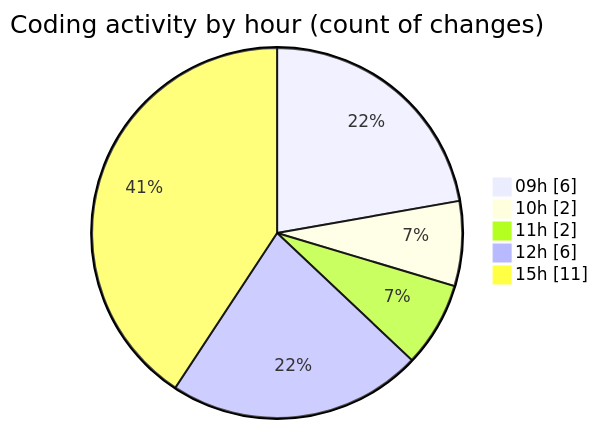
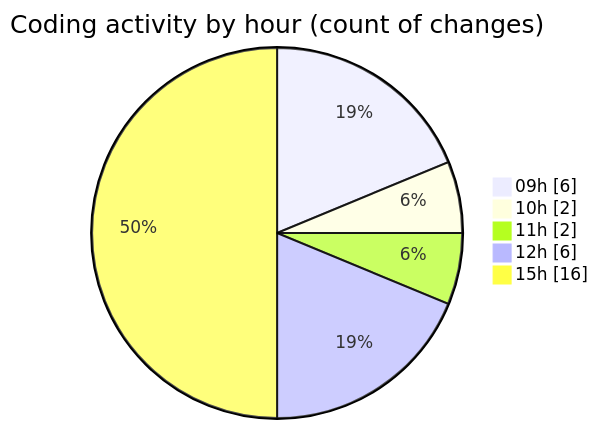
The second of 2 diagrams in 2026-07-07/cilreports__workspace_/README.md (ricardozamudiocil/code-tracking), drawn with Mermaid before and after one commit. The commit also changed other lines of this file and 1 other file, not shown here.

````diff
--- a/2026-07-07/cilreports__workspace_/README.md
+++ b/2026-07-07/cilreports__workspace_/README.md
@@ -40,9 +40,9 @@
 ```mermaid
 pie showData
 title Coding activity by hour (count of changes)
 "09h" : 6
 "10h" : 2
 "11h" : 2
 "12h" : 6
-"15h" : 11
+"15h" : 16
 ```
````
